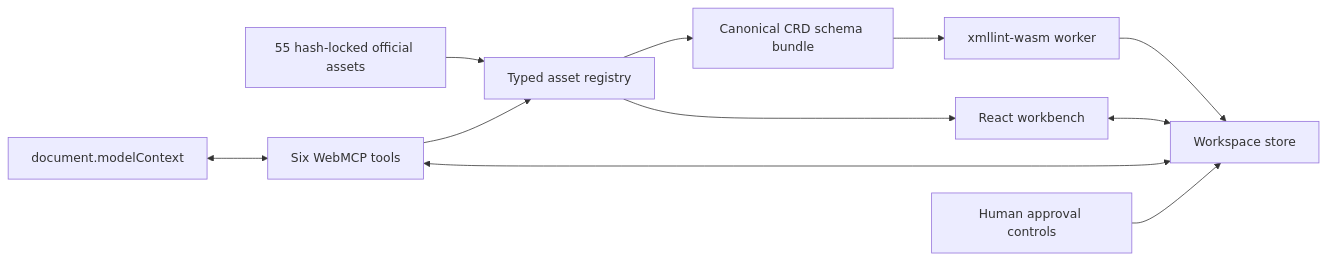
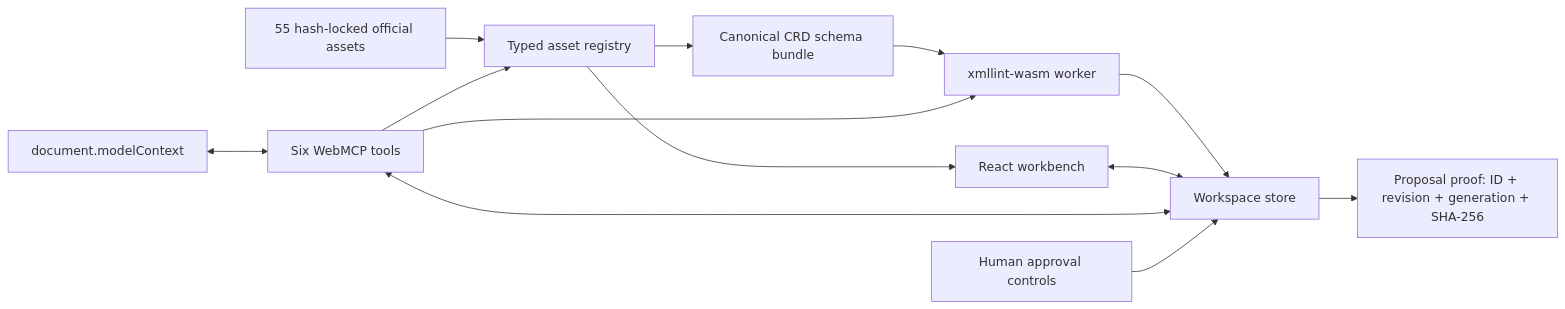
One commit to greqone/PrzedWysylkaWebMCPLab changed the diagram in docs/architecture.md. Above: the diagram before and after it, drawn with Mermaid. The commit also changed other lines of this file and 48 other files, not shown here.

````diff
--- a/docs/architecture.md
+++ b/docs/architecture.md
@@ -9,13 +9,15 @@
 ```mermaid
 flowchart LR
   A[55 hash-locked official assets] --> R[Typed asset registry]
   R --> U[React workbench]
   R --> S[Canonical CRD schema bundle]
   S --> V[xmllint-wasm worker]
   V --> W[Workspace store]
   U <--> W
   M[document.modelContext] <--> T[Six WebMCP tools]
   T <--> W
   T --> R
+  T --> V
+  W --> P[Proposal proof: ID + revision + generation + SHA-256]
   H[Human approval controls] --> W
 ```
````
